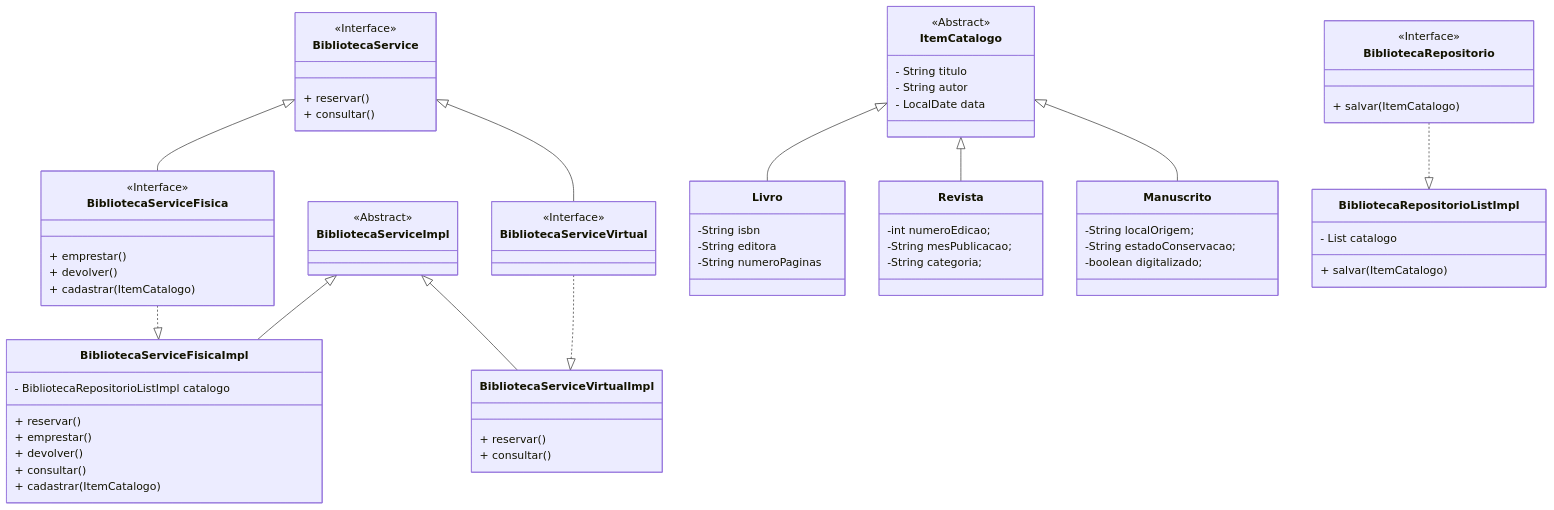
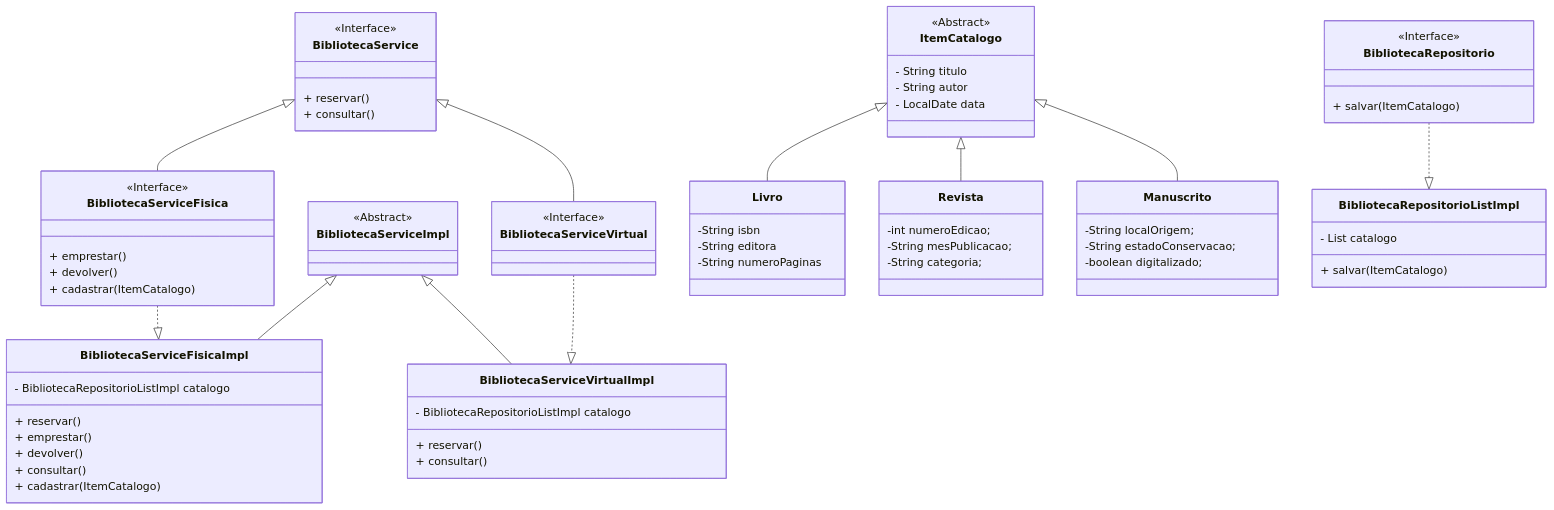
Before and after one commit to leialemon/POO2-ADA: the diagram in README.md, drawn with Mermaid. The commit also changed other lines of this file, not shown here.

````diff
--- a/README.md
+++ b/README.md
@@ -6,74 +7,75 @@
 ```mermaid
 classDiagram
 class BibliotecaService
 <<Interface>>BibliotecaService
 BibliotecaService: + reservar()
 BibliotecaService: + consultar()
 BibliotecaService <|-- BibliotecaServiceFisica
 BibliotecaService <|-- BibliotecaServiceVirtual
 
 class BibliotecaServiceFisica
 <<Interface>>BibliotecaServiceFisica
 BibliotecaServiceFisica: + emprestar()
 BibliotecaServiceFisica: + devolver()
 BibliotecaServiceFisica: + cadastrar(ItemCatalogo)
 
 class BibliotecaServiceFisicaImpl
 BibliotecaServiceFisica ..|> BibliotecaServiceFisicaImpl
 BibliotecaServiceFisicaImpl: + reservar()
 BibliotecaServiceFisicaImpl: + emprestar()
 BibliotecaServiceFisicaImpl: + devolver()
 BibliotecaServiceFisicaImpl: + consultar()
 BibliotecaServiceFisicaImpl: + cadastrar(ItemCatalogo)
 BibliotecaServiceFisicaImpl: - BibliotecaRepositorioListImpl catalogo
 
 class BibliotecaServiceImpl
 <<Abstract>>BibliotecaServiceImpl
 BibliotecaServiceImpl <|-- BibliotecaServiceFisicaImpl
 BibliotecaServiceImpl <|-- BibliotecaServiceVirtualImpl
 
 class BibliotecaServiceVirtual
 <<Interface>>BibliotecaServiceVirtual
 
 
 class BibliotecaServiceVirtualImpl
 BibliotecaServiceVirtual ..|> BibliotecaServiceVirtualImpl
+BibliotecaServiceVirtualImpl: - BibliotecaRepositorioListImpl catalogo
 BibliotecaServiceVirtualImpl: + reservar()
 BibliotecaServiceVirtualImpl: + consultar()
 
 class ItemCatalogo
 <<Abstract>>ItemCatalogo
 ItemCatalogo: - String titulo
 ItemCatalogo: - String autor
 ItemCatalogo: - LocalDate data
 ItemCatalogo <|-- Livro
 ItemCatalogo <|-- Revista
 ItemCatalogo <|-- Manuscrito
 
 class BibliotecaRepositorio
 <<Interface>> BibliotecaRepositorio
 BibliotecaRepositorio: + salvar(ItemCatalogo)
 
 class BibliotecaRepositorioListImpl
 BibliotecaRepositorio ..|> BibliotecaRepositorioListImpl
 BibliotecaRepositorioListImpl: - List<ItemCatalogo> catalogo
 BibliotecaRepositorioListImpl: + salvar(ItemCatalogo)
 
 class Livro{
     -String isbn
     -String editora
     -String numeroPaginas
 }
 
 class Revista{
     -int numeroEdicao;
     -String mesPublicacao;
     -String categoria;
 }
 
 class Manuscrito{
     -String localOrigem;
     -String estadoConservacao;
     -boolean digitalizado;
 }
 ```
````
